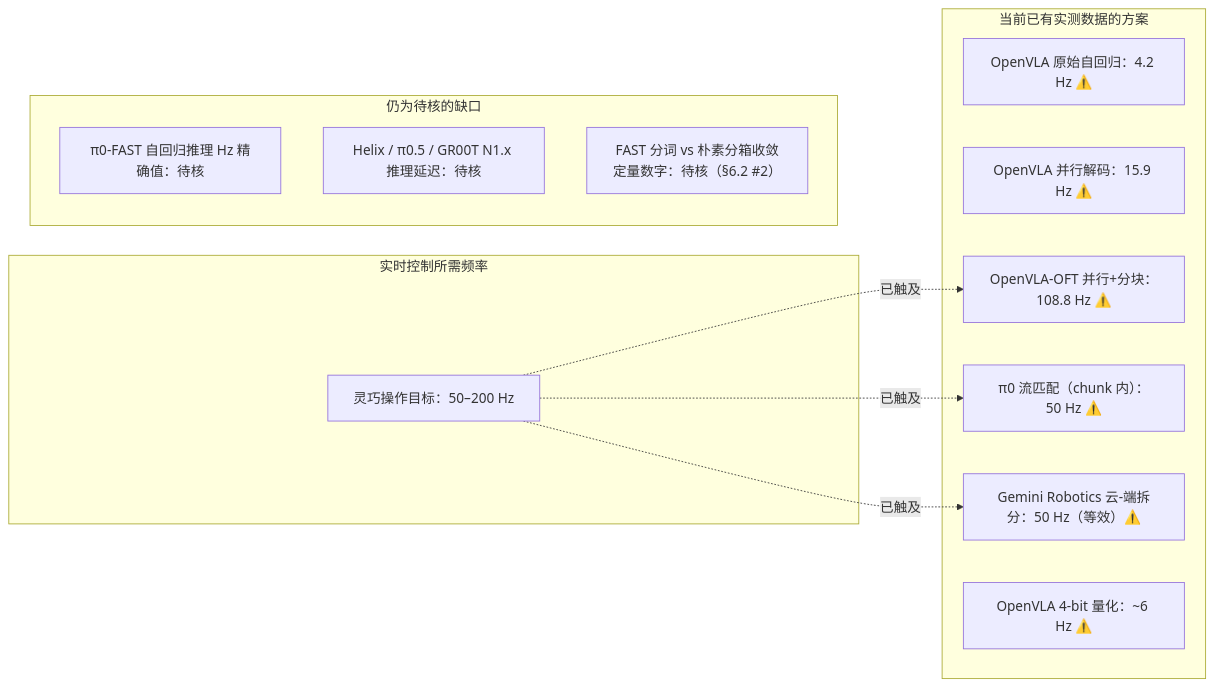
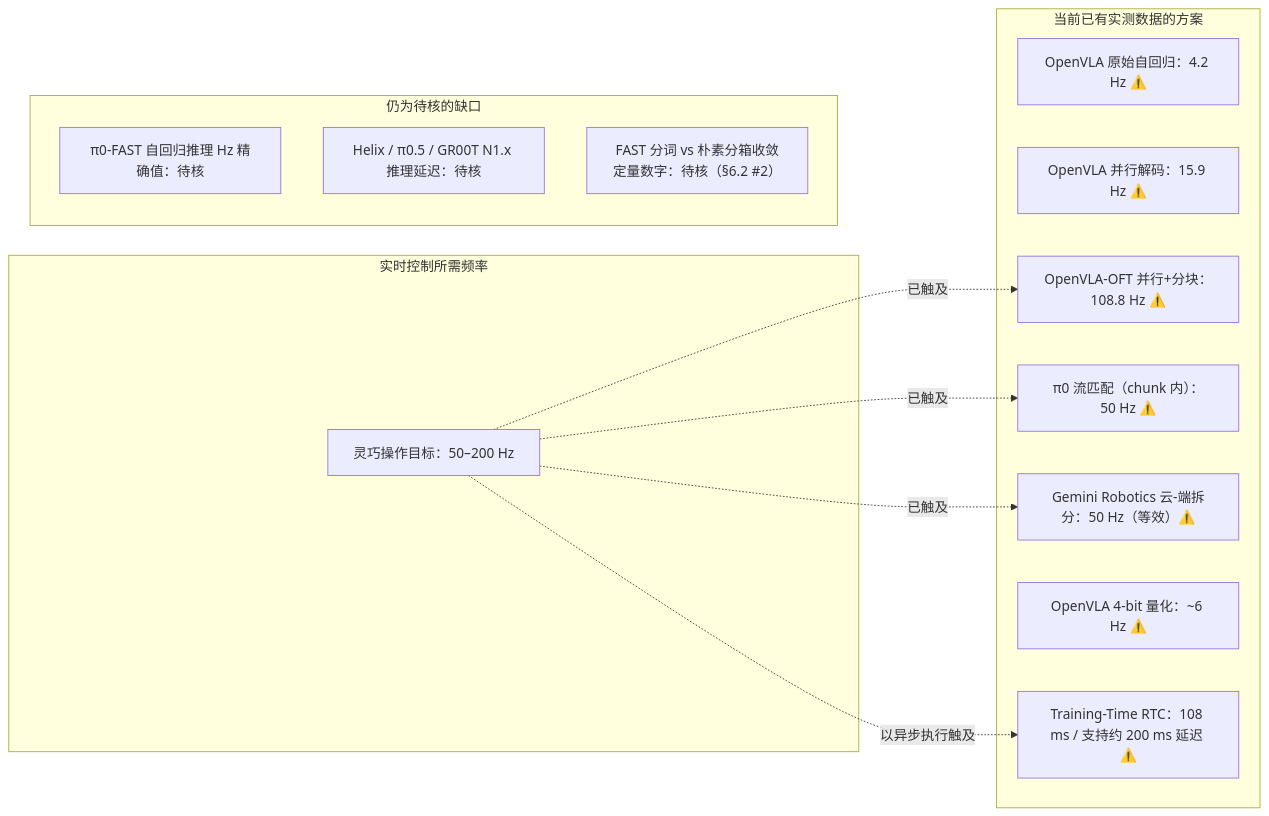
Before and after one commit to ZhuYun97/embodied-ai-learning: the second of 2 diagrams in docs/vla/papers/inference-deployment.md, drawn with Mermaid. The commit also changed other lines of this file, not shown here.

````diff
--- a/docs/vla/papers/inference-deployment.md
+++ b/docs/vla/papers/inference-deployment.md
@@ -116,22 +136,24 @@
 ```mermaid
 graph LR
     subgraph 缺口["实时控制所需频率"]
         REQ["灵巧操作目标：50–200 Hz"]
     end
     subgraph 进展["当前已有实测数据的方案"]
         A["OpenVLA 原始自回归：4.2 Hz ⚠️"]
         B["OpenVLA 并行解码：15.9 Hz ⚠️"]
         C["OpenVLA-OFT 并行+分块：108.8 Hz ⚠️"]
         D["π0 流匹配（chunk 内）：50 Hz ⚠️"]
         E["Gemini Robotics 云-端拆分：50 Hz（等效）⚠️"]
         F["OpenVLA 4-bit 量化：~6 Hz ⚠️"]
+        G["Training-Time RTC：108 ms / 支持约 200 ms 延迟 ⚠️"]
     end
     subgraph 空白["仍为待核的缺口"]
         X["π0-FAST 自回归推理 Hz 精确值：待核"]
         Y["Helix / π0.5 / GR00T N1.x 推理延迟：待核"]
         Z["FAST 分词 vs 朴素分箱收敛定量数字：待核（§6.2 #2）"]
     end
     REQ -.->|已触及| C
     REQ -.->|已触及| D
     REQ -.->|已触及| E
+    REQ -.->|以异步执行触及| G
 ```
````
